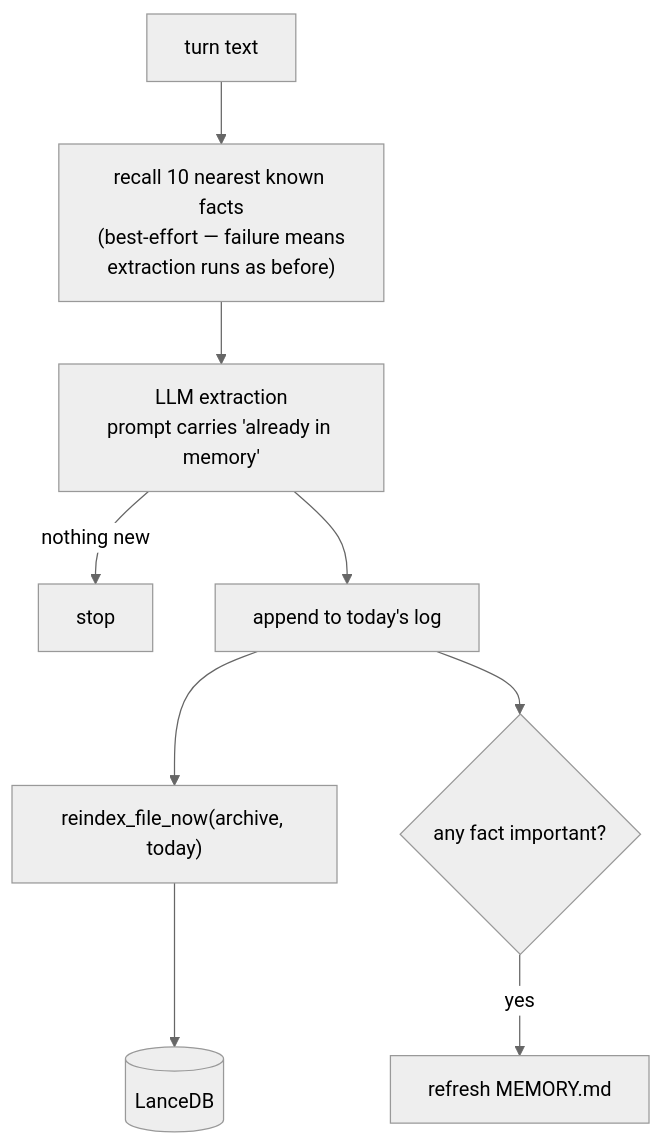
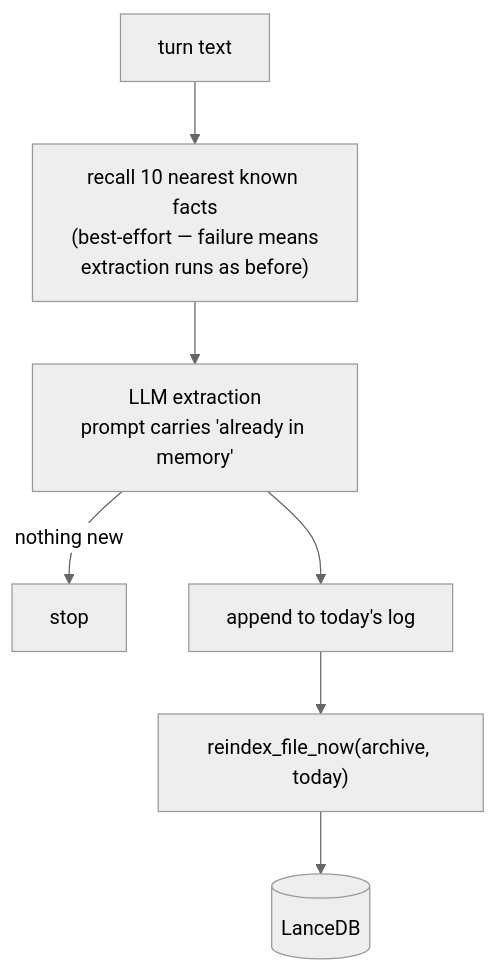
One commit to cyzus/suzent changed the second of 3 diagrams in docs/08-developing/architecture/memory-architecture.md. Above: the diagram before and after it, drawn with Mermaid. The commit also changed other lines of this file and 40 other files, not shown here.

````diff
--- a/docs/08-developing/architecture/memory-architecture.md
+++ b/docs/08-developing/architecture/memory-architecture.md
@@ -75,12 +75,10 @@
 ```mermaid
 %%{init: {'theme':'neutral'}}%%
 flowchart TD
     A["turn text"] --> B["recall 10 nearest known facts<br/>(best-effort — failure means<br/>extraction runs as before)"]
     B --> C["LLM extraction<br/>prompt carries 'already in memory'"]
     C -->|nothing new| Z["stop"]
     C --> D["append to today's log"]
     D --> E["reindex_file_now(archive, today)"]
     E --> F[("LanceDB")]
-    D --> G{"any fact important?"}
-    G -->|yes| H["refresh MEMORY.md"]
 ```
````
